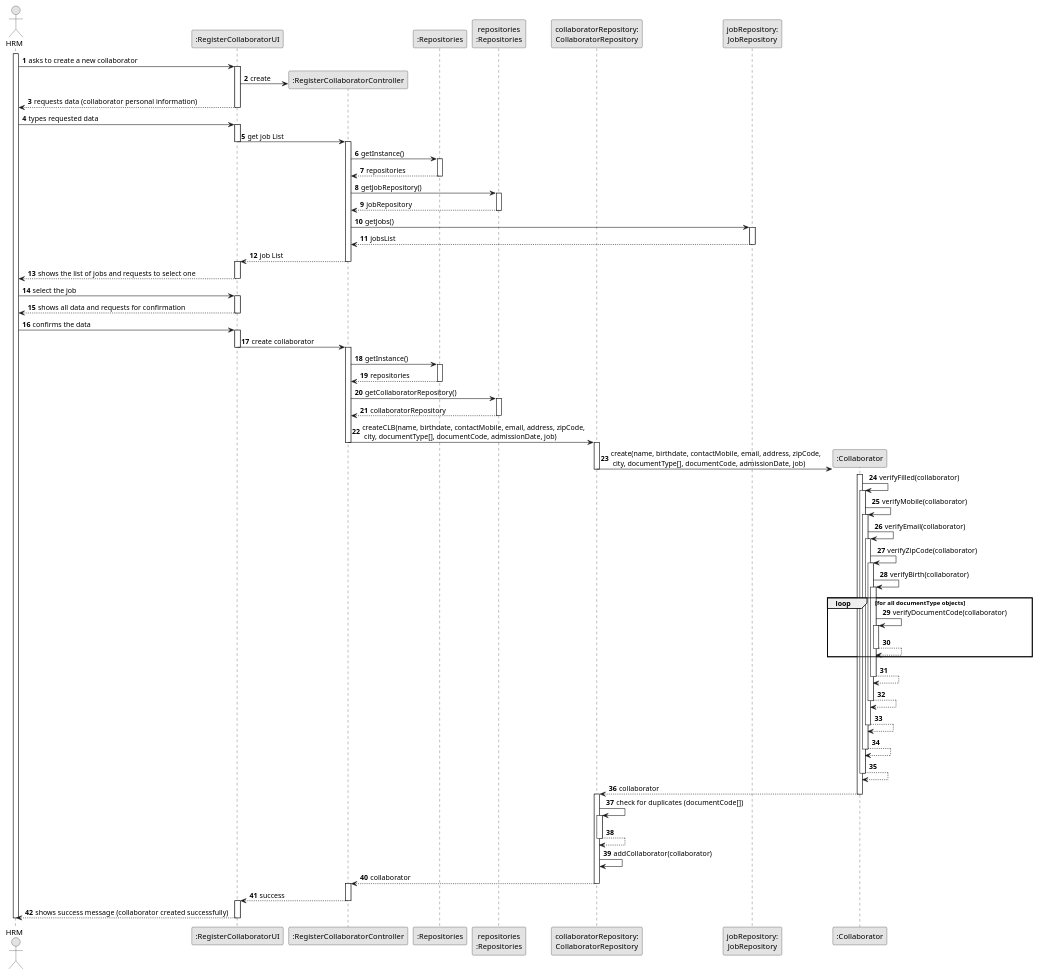
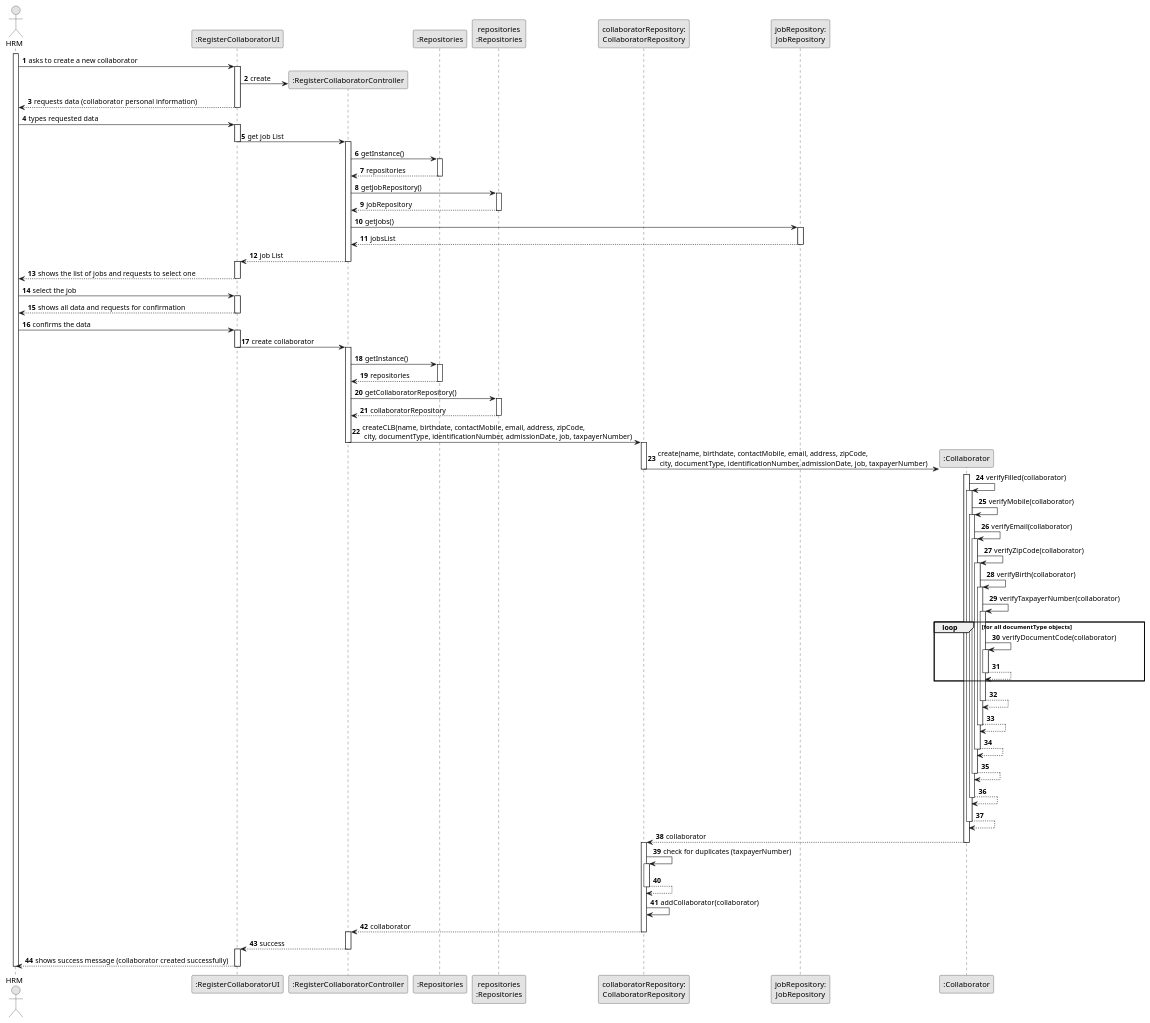
One commit to ricardomm7/leaflink changed the diagram in docs/sprintB/us003/03.design/puml/us003-sequence-diagram-full.puml. Above: the diagram before and after it, drawn with PlantUML. The commit also changed 6 other files, not shown here.

```diff
--- a/docs/sprintB/us003/03.design/puml/us003-sequence-diagram-full.puml
+++ b/docs/sprintB/us003/03.design/puml/us003-sequence-diagram-full.puml
@@ -1,136 +1,140 @@
 @startuml
 skinparam monochrome true
 skinparam packageStyle rectangle
 skinparam shadowing false
 
 autonumber
 
 actor "HRM" as HRM
 participant ":RegisterCollaboratorUI" as UI
 participant ":RegisterCollaboratorController" as CTRL
 participant ":Repositories" as GlobRepo
 participant "repositories\n:Repositories" as PLAT
 participant "collaboratorRepository:\nCollaboratorRepository" as CLBREP
 participant "jobRepository:\nJobRepository" as jobRepository
 participant ":Collaborator" as CLB
 
 
 activate HRM
 
 HRM -> UI : asks to create a new collaborator
 activate UI
 
 UI -> CTRL** : create
 
 UI --> HRM : requests data (collaborator personal information)
 deactivate UI
 
 HRM -> UI : types requested data
 activate UI
 
 UI -> CTRL: get job List
 deactivate UI
 
 activate CTRL
 CTRL -> GlobRepo : getInstance()
 activate GlobRepo
 GlobRepo --> CTRL : repositories
 deactivate GlobRepo
 CTRL -> PLAT : getJobRepository()
 activate PLAT
 PLAT -->  CTRL: jobRepository
 deactivate PLAT
 CTRL -> jobRepository : getJobs()
 activate jobRepository
 jobRepository --> CTRL : jobsList
 deactivate jobRepository
 CTRL -->UI : job List
 deactivate CTRL
 activate UI
 
 UI --> HRM : shows the list of jobs and requests to select one
 deactivate UI
 
 
 HRM -> UI : select the job
 activate UI
 
 UI --> HRM: shows all data and requests for confirmation
 deactivate UI
 
 HRM -> UI: confirms the data
 activate UI
 
 UI -> CTRL : create collaborator
 
 deactivate UI
 activate CTRL
 
 CTRL -> GlobRepo : getInstance()
 activate GlobRepo
 GlobRepo --> CTRL : repositories
 deactivate GlobRepo
 CTRL -> PLAT : getCollaboratorRepository()
 activate PLAT
 PLAT -->  CTRL: collaboratorRepository
 deactivate PLAT
 
-CTRL -> CLBREP : createCLB(name, birthdate, contactMobile, email, address, zipCode,\n city, documentType[], documentCode, admissionDate, job)
+CTRL -> CLBREP : createCLB(name, birthdate, contactMobile, email, address, zipCode,\n city, documentType, identificationNumber, admissionDate, job, taxpayerNumber)
 deactivate CTRL
 
 activate CLBREP
-CLBREP->CLB** : create(name, birthdate, contactMobile, email, address, zipCode,\n city, documentType[], documentCode, admissionDate, job)
+CLBREP->CLB** : create(name, birthdate, contactMobile, email, address, zipCode,\n city, documentType, identificationNumber, admissionDate, job, taxpayerNumber)
 deactivate CLBREP
 activate CLB
 CLB -> CLB : verifyFilled(collaborator)
 activate CLB
 CLB -> CLB : verifyMobile(collaborator)
 activate CLB
 CLB -> CLB : verifyEmail(collaborator)
 activate CLB
 CLB -> CLB : verifyZipCode(collaborator)
 activate CLB
 CLB -> CLB : verifyBirth(collaborator)
+activate CLB
+CLB -> CLB : verifyTaxpayerNumber(collaborator)
 activate CLB
 
 loop for all documentType objects
 CLB -> CLB : verifyDocumentCode(collaborator)
 activate CLB
 CLB --> CLB
 deactivate CLB
 end loop
 
 CLB --> CLB
 deactivate CLB
 CLB --> CLB
 deactivate CLB
 CLB --> CLB
 deactivate CLB
 CLB --> CLB
 deactivate CLB
 CLB --> CLB
 deactivate CLB
+CLB --> CLB
+deactivate CLB
 
 CLB -->CLBREP : collaborator
 deactivate CLB
 activate CLBREP
 
-CLBREP -> CLBREP : check for duplicates (documentCode[])
+CLBREP -> CLBREP : check for duplicates (taxpayerNumber)
 activate CLBREP
 CLBREP --> CLBREP
 deactivate CLBREP
 
 CLBREP -> CLBREP: addCollaborator(collaborator)
 CLBREP --> CTRL : collaborator
 deactivate CLBREP
 activate CTRL
 
 
 
 CTRL --> UI : success
 deactivate CTRL
 activate UI
 UI --> HRM : shows success message (collaborator created successfully)
 deactivate UI
 deactivate HRM
 @enduml
```
